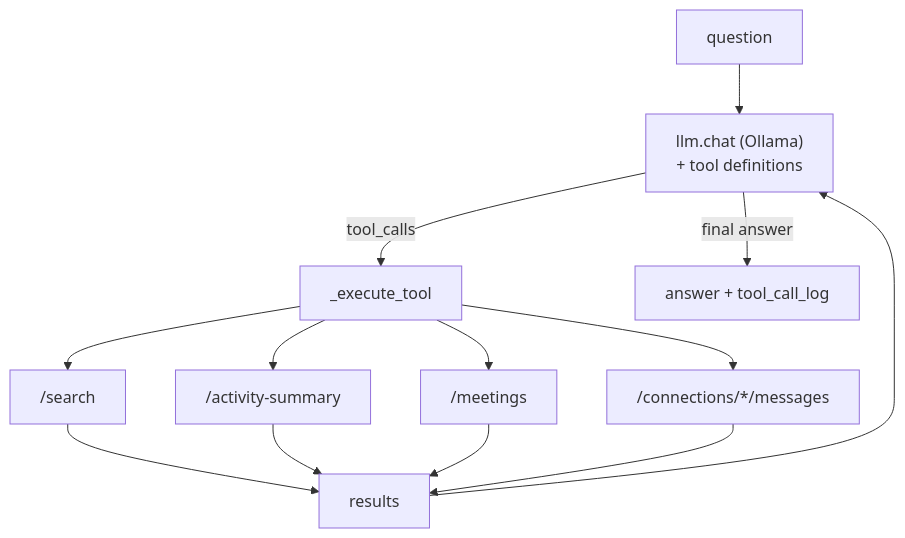
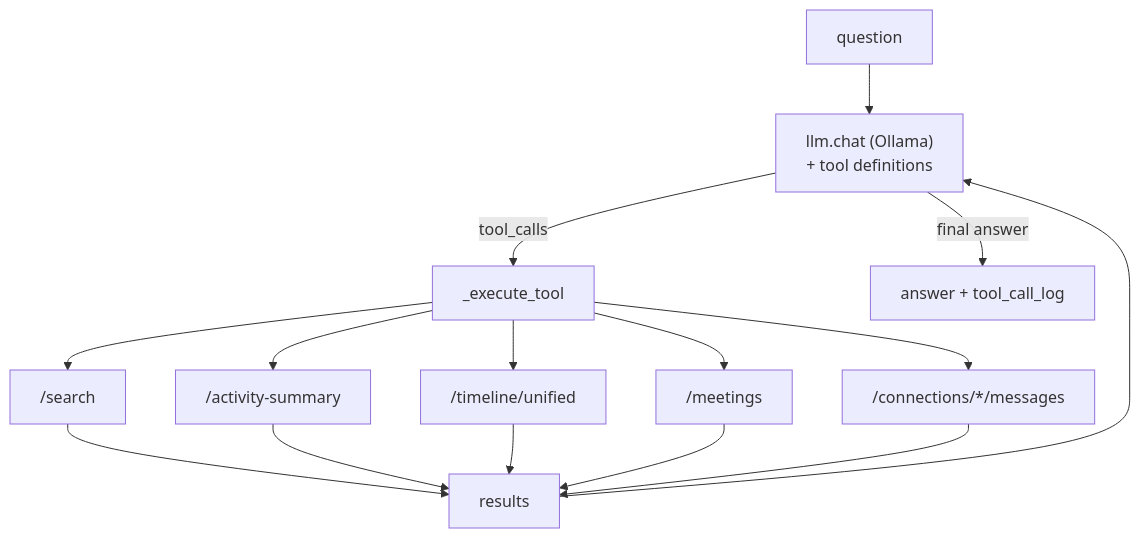
One commit to zhaohb/deskmate changed the diagram in docs/08-engine-intelligence.md. Above: the diagram before and after it, drawn with Mermaid. The commit also changed other lines of this file and 41 other files, not shown here.

````diff
--- a/docs/08-engine-intelligence.md
+++ b/docs/08-engine-intelligence.md
@@ -30,12 +30,13 @@
 ```mermaid
 flowchart TB
     Q["question"] --> LLM["llm.chat (Ollama)<br/>+ tool definitions"]
     LLM -- tool_calls --> EXE["_execute_tool"]
     EXE --> S["/search"]
     EXE --> A["/activity-summary"]
+    EXE --> T["/timeline/unified"]
     EXE --> M["/meetings"]
     EXE --> E["/connections/*/messages"]
-    S & A & M & E --> RES["results"]
+    S & A & T & M & E --> RES["results"]
     RES --> LLM
     LLM -- final answer --> OUT["answer + tool_call_log"]
 ```
````
